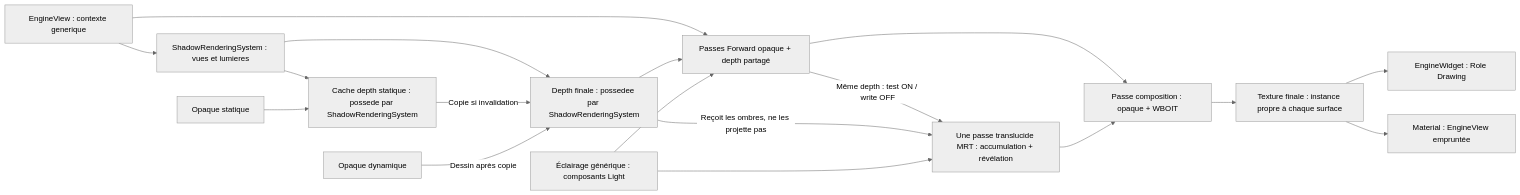
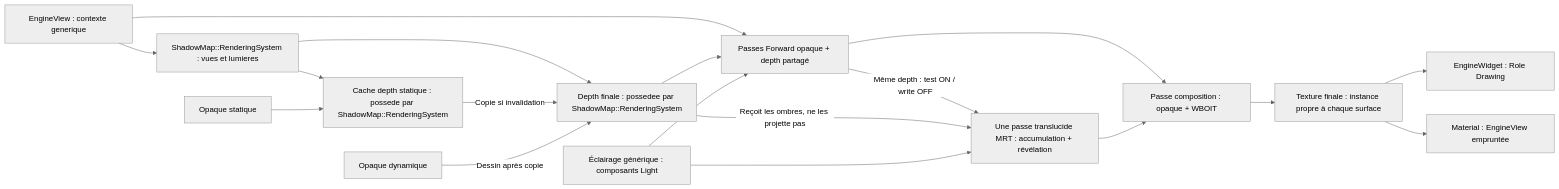
One commit to EreliaStudio/Sparkle changed diagram 14 of 14 in docs/voxel-engine-v0.1.4-specification.md. Above: the diagram before and after it, drawn with Mermaid (neutral theme). The commit also changed other lines of this file, not shown here.

Commit message:
docs(v0.1.4): organize autonomous shadow passes as ShadowMap with nested Contributor and RenderingSystem

````diff
--- a/docs/voxel-engine-v0.1.4-specification.md
+++ b/docs/voxel-engine-v0.1.4-specification.md
@@ -1112,20 +1129,20 @@
 ```mermaid
 flowchart LR
-  S["EngineView : contexte generique"] --> SR["ShadowRenderingSystem : vues et lumieres"]
-  SR --> StaticShadow["Cache depth statique : possede par ShadowRenderingSystem"]
-  SR --> FinalShadow["Depth finale : possedee par ShadowRenderingSystem"]
+  S["EngineView : contexte generique"] --> SR["ShadowMap::RenderingSystem : vues et lumieres"]
+  SR --> StaticShadow["Cache depth statique : possede par ShadowMap::RenderingSystem"]
+  SR --> FinalShadow["Depth finale : possedee par ShadowMap::RenderingSystem"]
   StaticCasters["Opaque statique"] --> StaticShadow
   StaticShadow -->|"Copie si invalidation"| FinalShadow
   DynamicCasters["Opaque dynamique"] -->|"Dessin après copie"| FinalShadow
   S --> Opaque["Passes Forward opaque + depth partagé"]
   FinalShadow --> Opaque
   Opaque -->|"Même depth : test ON / write OFF"| Trans["Une passe translucide MRT : accumulation + révélation"]
   FinalShadow -->|"Reçoit les ombres, ne les projette pas"| Trans
   Opaque --> Compose["Passe composition : opaque + WBOIT"]
   Trans --> Compose
   Compose --> Tex["Texture finale : instance propre à chaque surface"]
   Tex --> Main["EngineWidget : Role Drawing"]
   Tex --> Other["Material : EngineView empruntée"]
   L["Éclairage générique : composants Light"] --> Opaque
   L --> Trans
 ```
````
